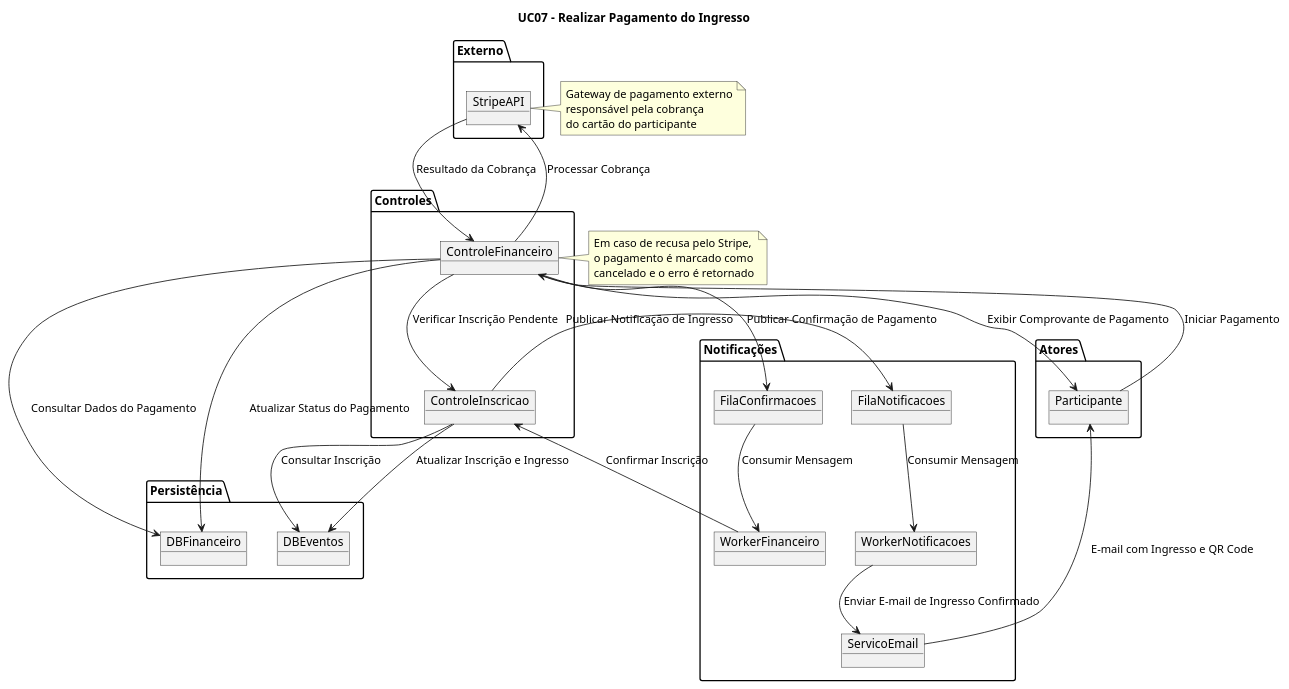
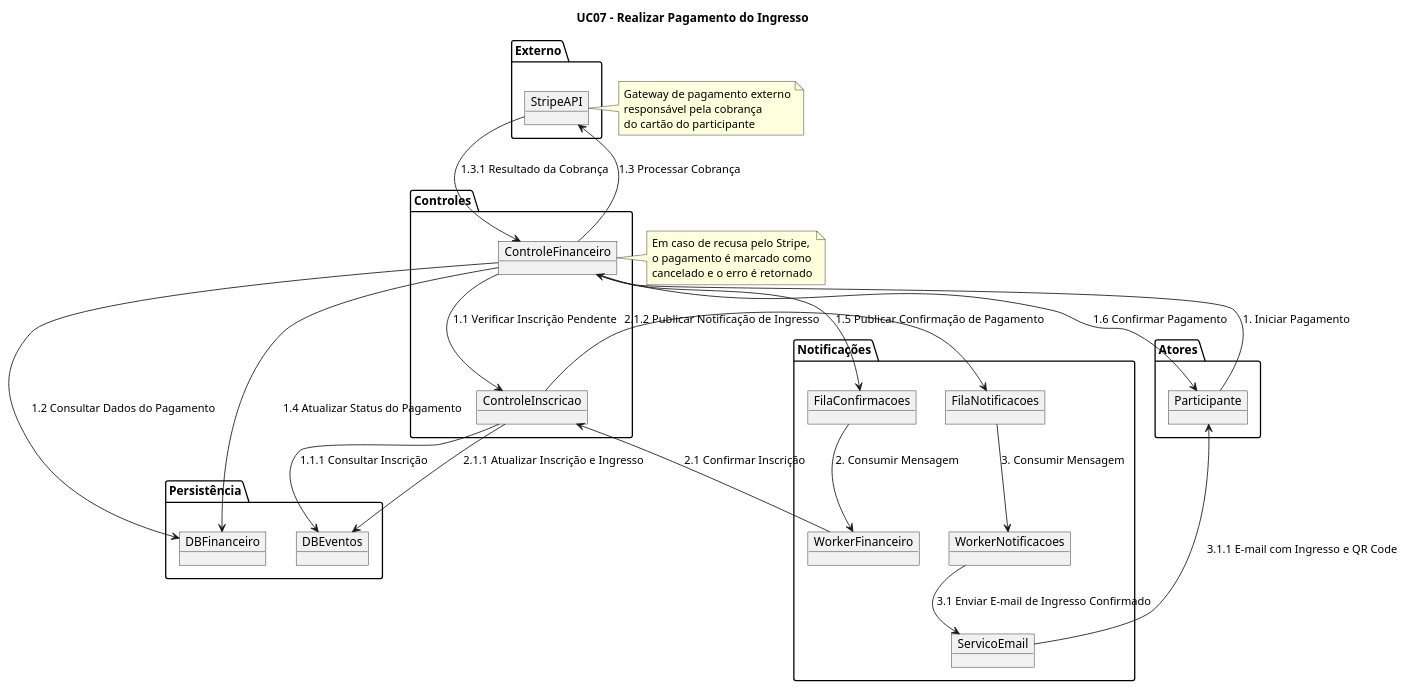
The diagram in codes/communication-diagram/uc07-communication-diagram.puml (arturbomtempo-learning/software-project-final-work), drawn with PlantUML before and after one commit. The commit also changed 2 other files, not shown here.

Commit message:
chore: update communication diagrams

```diff
--- a/codes/communication-diagram/uc07-communication-diagram.puml
+++ b/codes/communication-diagram/uc07-communication-diagram.puml
@@ -1,62 +1,62 @@
 @startuml uc07-communication-diagram
 
 title UC07 - Realizar Pagamento do Ingresso
 
 package "Atores" {
     object Participante
 }
 
 package "Controles" {
     object ControleFinanceiro
     object ControleInscricao
 }
 
 package "Externo" {
     object StripeAPI
 }
 
 package "Persistência" {
     object DBFinanceiro
     object DBEventos
 }
 
 package "Notificações" {
     object FilaConfirmacoes
     object FilaNotificacoes
     object WorkerFinanceiro
     object WorkerNotificacoes
     object ServicoEmail
 }
 
-Participante --> ControleFinanceiro : Iniciar Pagamento
-ControleFinanceiro --> ControleInscricao : Verificar Inscrição Pendente
-ControleInscricao --> DBEventos : Consultar Inscrição
-ControleFinanceiro --> DBFinanceiro : Consultar Dados do Pagamento
-ControleFinanceiro --> StripeAPI : Processar Cobrança
-StripeAPI --> ControleFinanceiro : Resultado da Cobrança
-ControleFinanceiro --> DBFinanceiro : Atualizar Status do Pagamento
-ControleFinanceiro --> FilaConfirmacoes : Publicar Confirmação de Pagamento
-ControleFinanceiro --> Participante : Exibir Comprovante de Pagamento
+Participante --> ControleFinanceiro : 1. Iniciar Pagamento
+ControleFinanceiro --> ControleInscricao : 1.1 Verificar Inscrição Pendente
+ControleInscricao --> DBEventos : 1.1.1 Consultar Inscrição
+ControleFinanceiro --> DBFinanceiro : 1.2 Consultar Dados do Pagamento
+ControleFinanceiro --> StripeAPI : 1.3 Processar Cobrança
+StripeAPI --> ControleFinanceiro : 1.3.1 Resultado da Cobrança
+ControleFinanceiro --> DBFinanceiro : 1.4 Atualizar Status do Pagamento
+ControleFinanceiro --> FilaConfirmacoes : 1.5 Publicar Confirmação de Pagamento
+ControleFinanceiro --> Participante : 1.6 Confirmar Pagamento
 
-FilaConfirmacoes --> WorkerFinanceiro : Consumir Mensagem
-WorkerFinanceiro --> ControleInscricao : Confirmar Inscrição
-ControleInscricao --> DBEventos : Atualizar Inscrição e Ingresso
-ControleInscricao --> FilaNotificacoes : Publicar Notificação de Ingresso
+FilaConfirmacoes --> WorkerFinanceiro : 2. Consumir Mensagem
+WorkerFinanceiro --> ControleInscricao : 2.1 Confirmar Inscrição
+ControleInscricao --> DBEventos : 2.1.1 Atualizar Inscrição e Ingresso
+ControleInscricao --> FilaNotificacoes : 2.1.2 Publicar Notificação de Ingresso
 
-FilaNotificacoes --> WorkerNotificacoes : Consumir Mensagem
-WorkerNotificacoes --> ServicoEmail : Enviar E-mail de Ingresso Confirmado
-ServicoEmail --> Participante : E-mail com Ingresso e QR Code
+FilaNotificacoes --> WorkerNotificacoes : 3. Consumir Mensagem
+WorkerNotificacoes --> ServicoEmail : 3.1 Enviar E-mail de Ingresso Confirmado
+ServicoEmail --> Participante : 3.1.1 E-mail com Ingresso e QR Code
 
 note right of StripeAPI
   Gateway de pagamento externo
   responsável pela cobrança
   do cartão do participante
 end note
 
 note left of ControleFinanceiro
   Em caso de recusa pelo Stripe,
   o pagamento é marcado como
   cancelado e o erro é retornado
 end note
 
 @enduml
```
